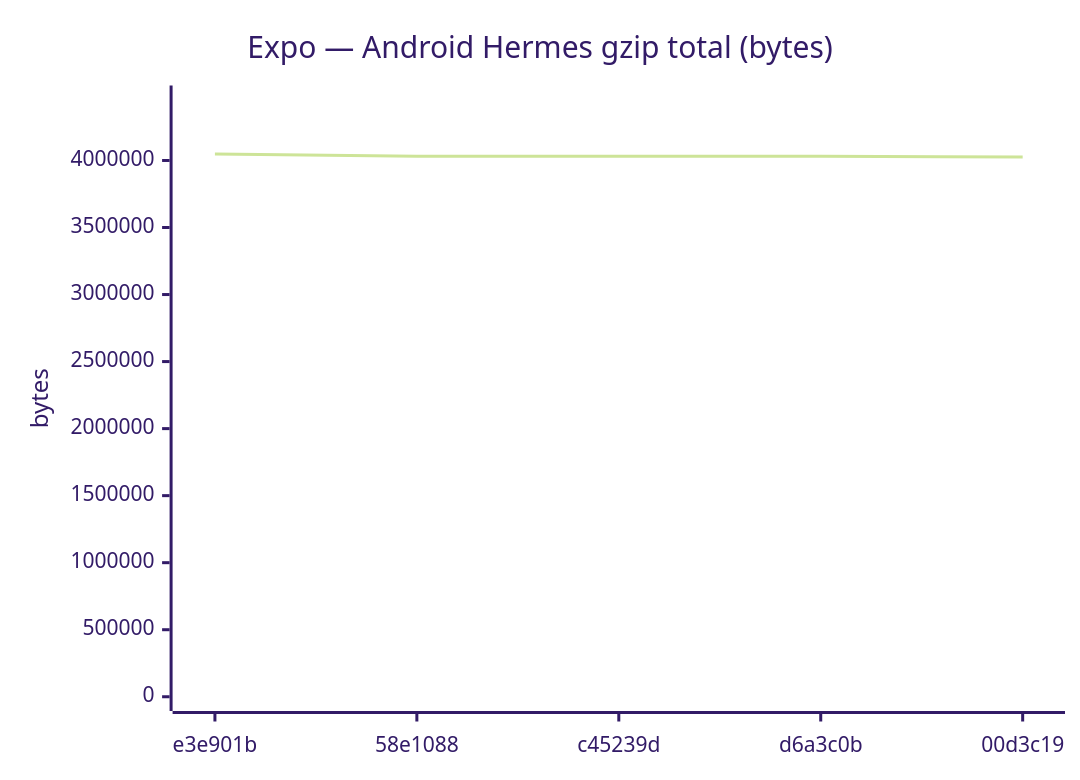
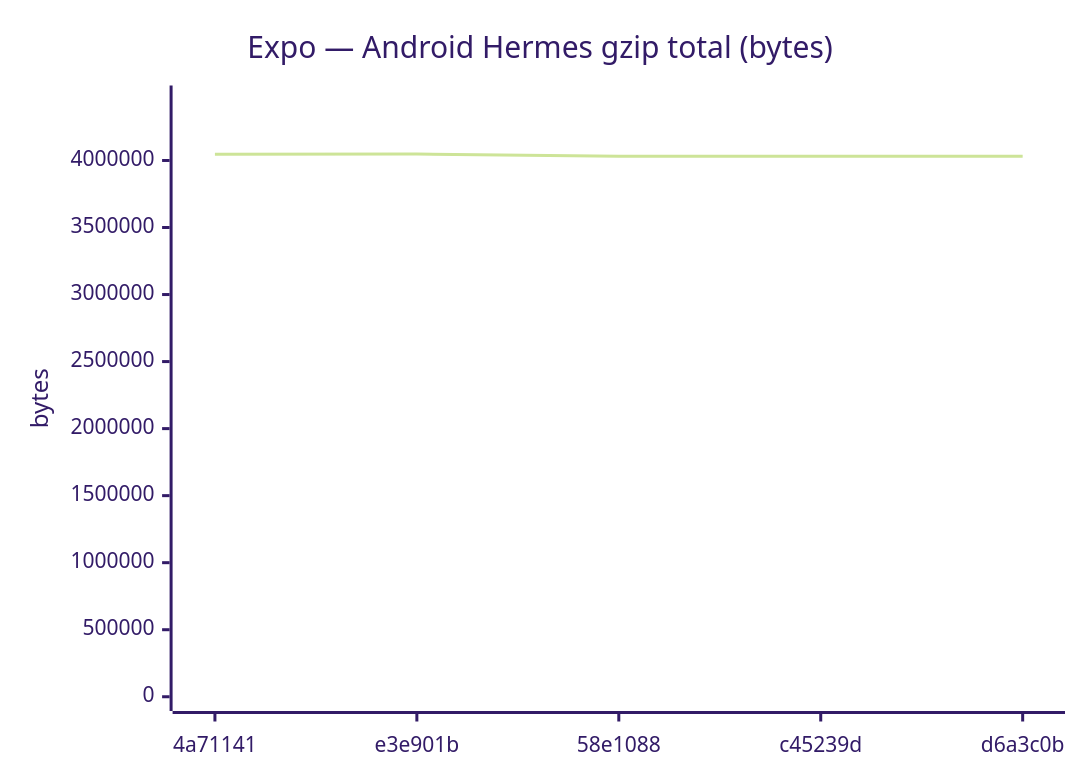
One commit to Metaheurist/Rianell changed diagram 11 of 18 in benchmarks/compare.md. Above: the diagram before and after it, drawn with Mermaid (forest theme). The commit also changed other lines of this file and 11 other files, not shown here.

````diff
--- a/benchmarks/compare.md
+++ b/benchmarks/compare.md
@@ -172,7 +172,7 @@
 ```mermaid
 xychart-beta
     title "Expo — Android Hermes gzip total (bytes)"
-    x-axis ["e3e901b", "58e1088", "c45239d", "d6a3c0b", "00d3c19"]
+    x-axis ["4a71141", "e3e901b", "58e1088", "c45239d", "d6a3c0b"]
     y-axis "bytes" 0 --> 4452901
-    line [4048091, 4030638, 4030634, 4030639, 4025609]
+    line [4046554, 4048091, 4030638, 4030634, 4030639]
 ```
````
